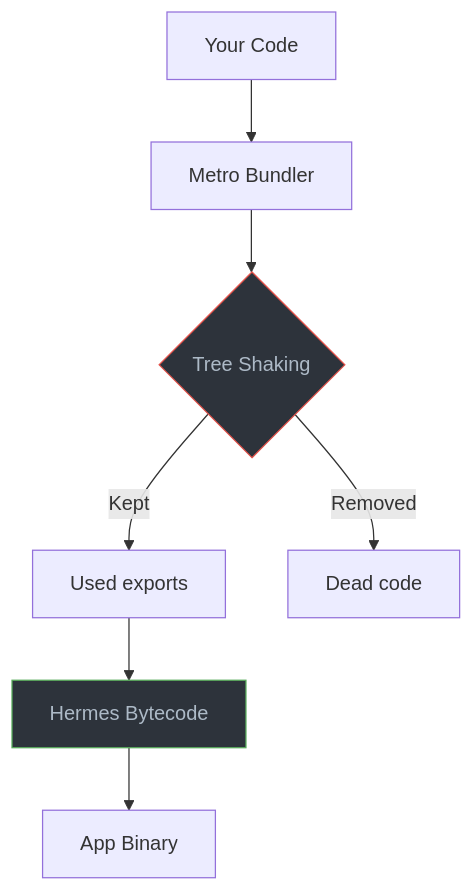
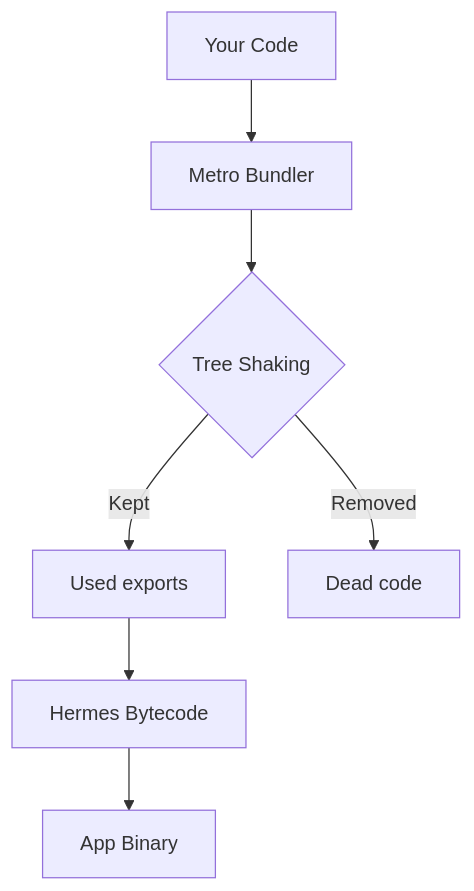
Before and after one commit to BabaScience/react-guides: the fifth of 5 diagrams in arguments/chapters/rn-13-performance.md, drawn with Mermaid. The commit also changed other lines of this file and 63 other files, not shown here.

First line of the commit message:
Enrich React Native roadmap with deeper content, visuals, and FR/IT translations

````diff
--- a/arguments/chapters/rn-13-performance.md
+++ b/arguments/chapters/rn-13-performance.md
@@ -426,12 +632,9 @@
 ```mermaid
 flowchart TB
     A[Your Code] --> B[Metro Bundler]
     B --> C{Tree Shaking}
     C -->|Kept| D[Used exports]
     C -->|Removed| E[Dead code]
     D --> F[Hermes Bytecode]
     F --> G[App Binary]
-
-    style C fill:#2d333b,stroke:#e5534b,color:#adbac7
-    style F fill:#2d333b,stroke:#57ab5a,color:#adbac7
 ```
````
